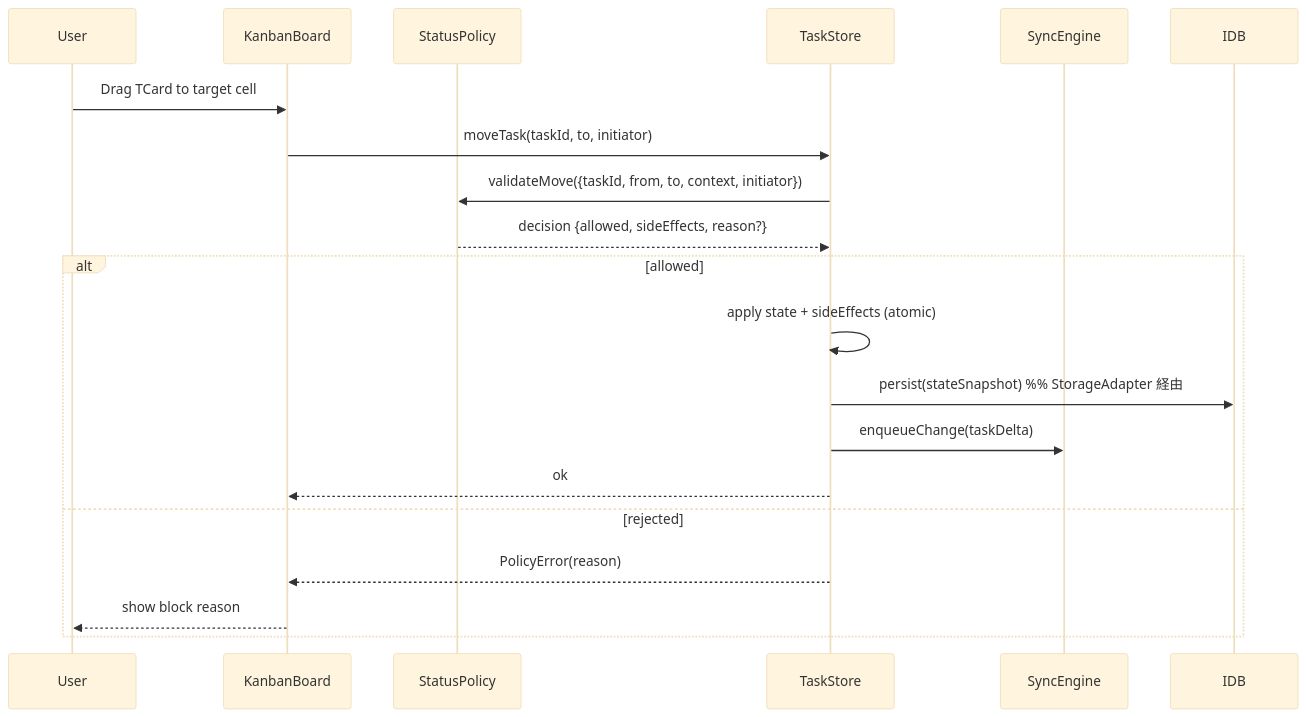
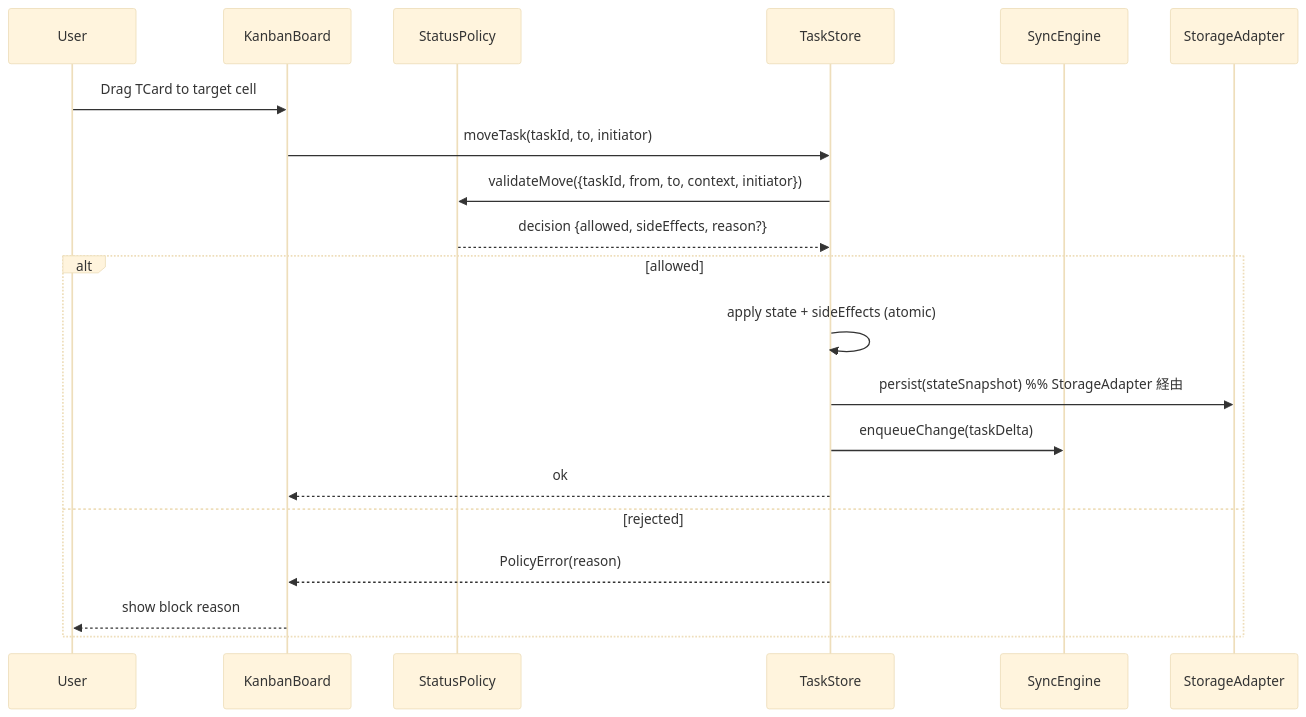
The second of 4 diagrams in .kiro/specs/learning-plan-kanban/design.md (taturou/study_kanban), drawn with Mermaid (base theme) before and after one commit. The commit also changed other lines of this file, not shown here.

````diff
--- a/.kiro/specs/learning-plan-kanban/design.md
+++ b/.kiro/specs/learning-plan-kanban/design.md
@@ -108,21 +109,22 @@
 ```mermaid
 sequenceDiagram
   participant U as User
   participant KB as KanbanBoard
   participant SP as StatusPolicy
   participant TS as TaskStore
   participant SE as SyncEngine
+  participant IDB as StorageAdapter
   U->>KB: Drag TCard to target cell
   KB->>TS: moveTask(taskId, to, initiator)
   TS->>SP: validateMove({taskId, from, to, context, initiator})
   SP-->>TS: decision {allowed, sideEffects, reason?}
   alt allowed
     TS->>TS: apply state + sideEffects (atomic)
     TS->>IDB: persist(stateSnapshot)  %% StorageAdapter 経由
     TS->>SE: enqueueChange(taskDelta)
     TS-->>KB: ok
   else rejected
     TS-->>KB: PolicyError(reason)
     KB-->>U: show block reason
   end
 ```
````
